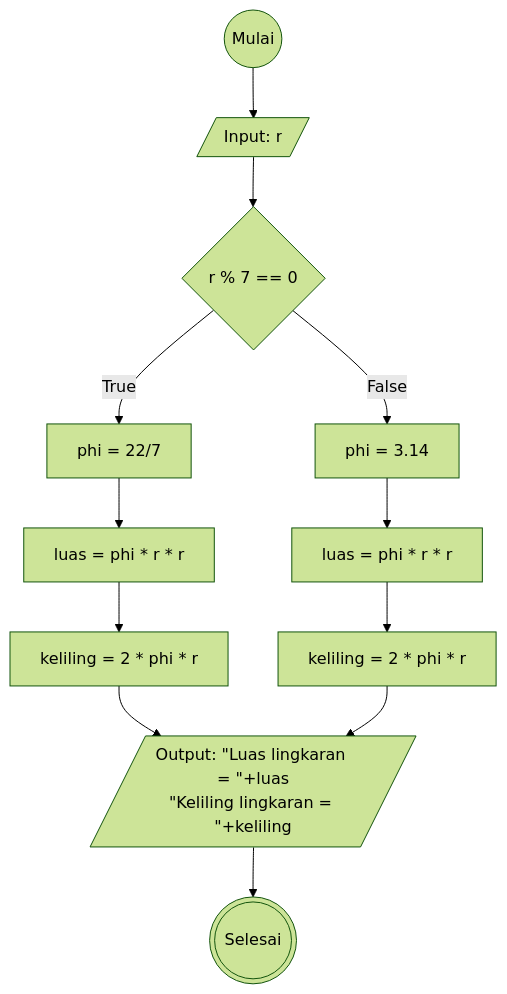
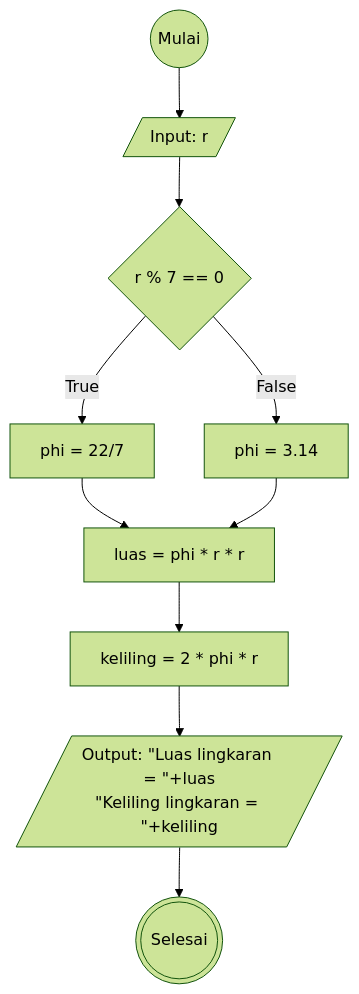
The diagram in flowchart-luas-keliling-lingkaran.md (alhilalfathi/koda-b6-algoritma), drawn with Mermaid (forest theme) before and after one commit.

````diff
--- a/flowchart-luas-keliling-lingkaran.md
+++ b/flowchart-luas-keliling-lingkaran.md
@@ -1,21 +1,20 @@
 ```mermaid
 flowchart TD
     A@{ shape: circle, label: "Mulai"}
     B@{ shape: lean-r, label: "Input: r"}
     C@{ shape: diamond, label: "r % 7 == 0"}
     D@{ label: "phi = 3.14"}
     E@{ label: "phi = 22/7"}
     F@{ label: "luas = phi * r * r"}
     G@{ label: "keliling = 2 * phi * r"}
     H@{ shape: lean-r, label: "Output: #quot;Luas lingkaran = #quot;+luas
     #quot;Keliling lingkaran = #quot;+keliling"}
-    I@{ label: "luas = phi * r * r"}
-    J@{ label: "keliling = 2 * phi * r"}
+   
     
     L@{ shape: dbl-circ, label: "Selesai"}
 
 A-->B-->C
-C--True-->E-->I-->J-->H
+C--True-->E-->F
 C--False-->D-->F-->G-->H-->L
 
 ```
````
